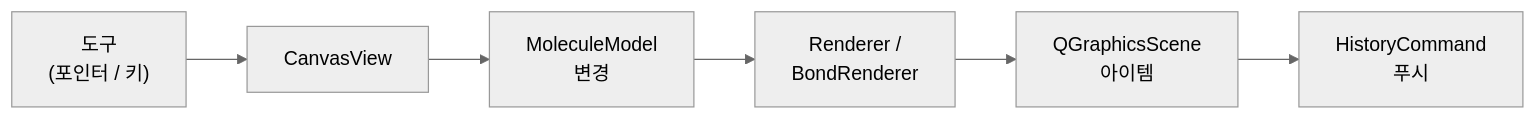
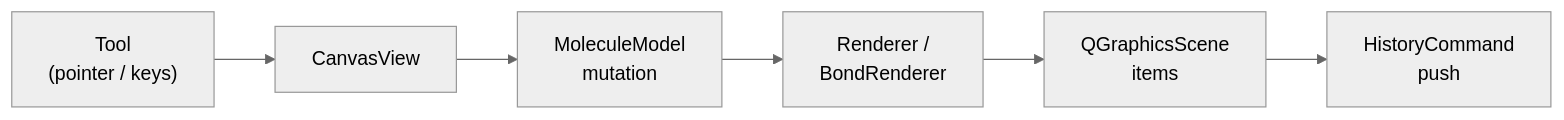
One commit to dhsohn/Chemvas changed the second of 2 diagrams in docs/ARCHITECTURE.ko.md. Above: the diagram before and after it, drawn with Mermaid (neutral theme). The commit also changed other lines of this file and 11 other files, not shown here.

First line of the commit message:
Condense architecture and packaging guides for readability

````diff
--- a/docs/ARCHITECTURE.ko.md
+++ b/docs/ARCHITECTURE.ko.md
@@ -215,4 +72,4 @@
 ```mermaid
 flowchart LR
-    tool["도구<br/>(포인터 / 키)"] --> view["CanvasView"] --> model["MoleculeModel<br/>변경"] --> renderer["Renderer /<br/>BondRenderer"] --> scene["QGraphicsScene<br/>아이템"] --> history["HistoryCommand<br/>푸시"]
+    tool["Tool<br/>(pointer / keys)"] --> view["CanvasView"] --> model["MoleculeModel<br/>mutation"] --> renderer["Renderer /<br/>BondRenderer"] --> scene["QGraphicsScene<br/>items"] --> history["HistoryCommand<br/>push"]
 ```
````
